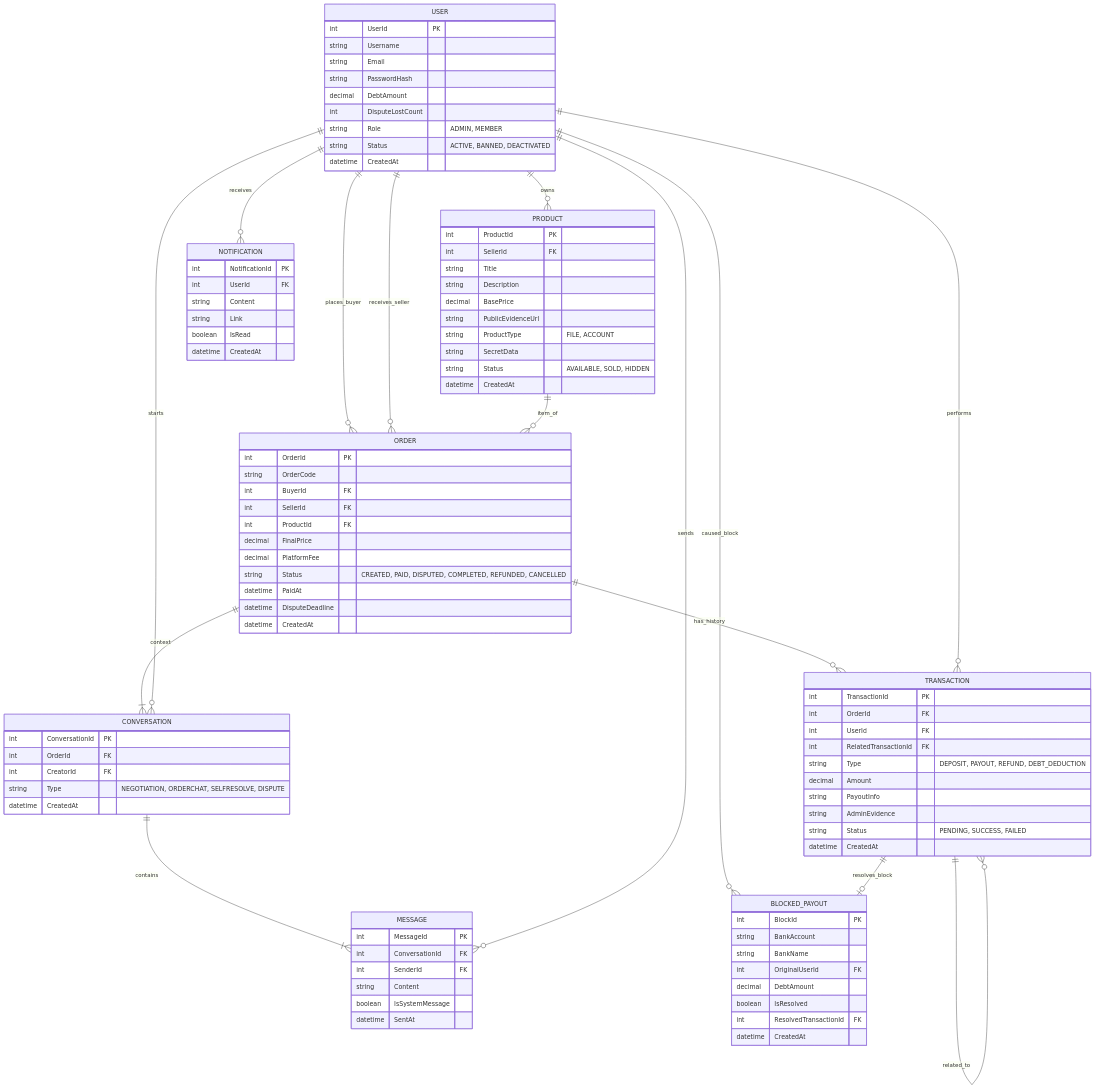
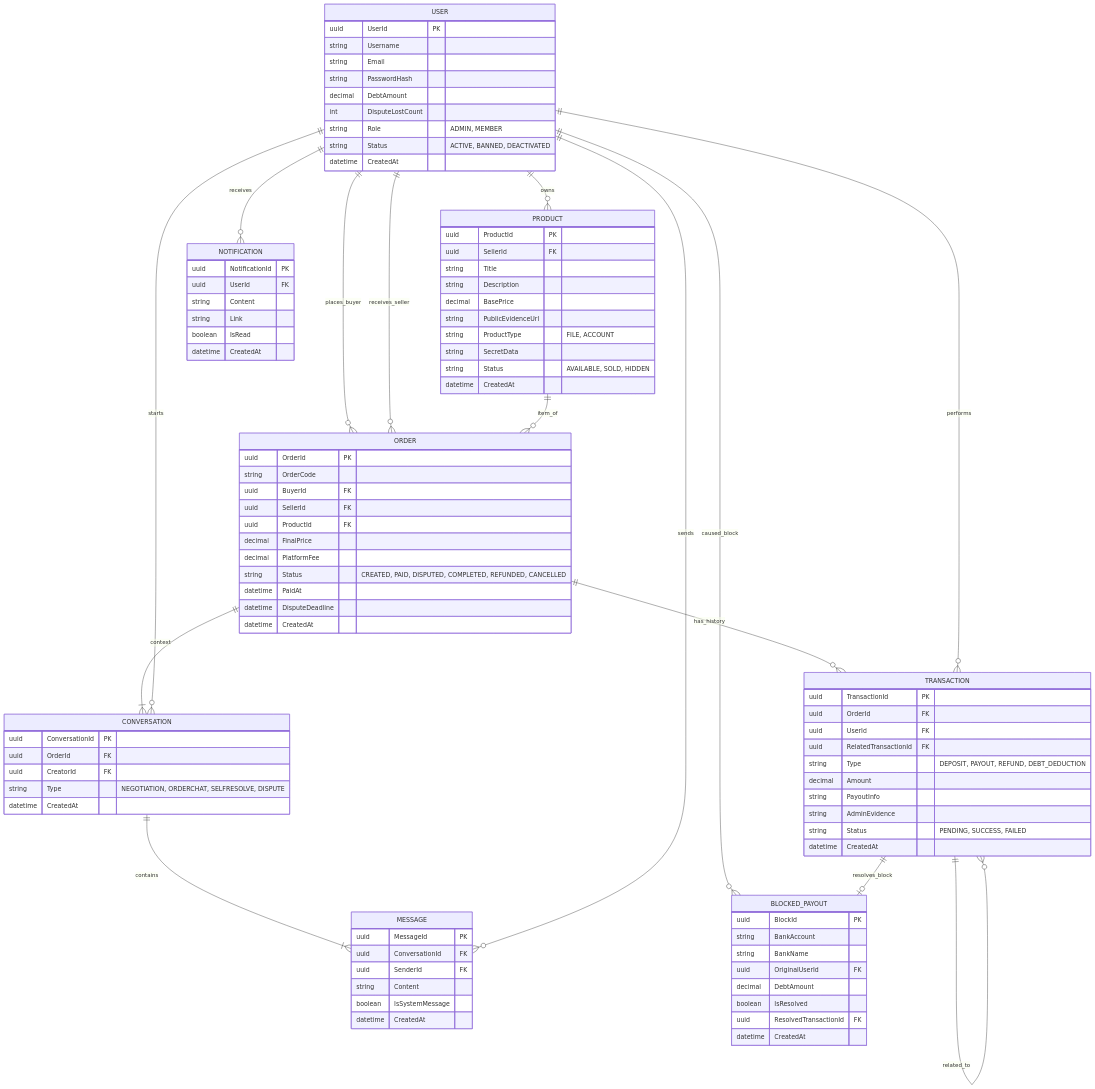
One commit to dominic2-2/Swaptem changed the diagram in docs/diagrams/ERD_Logical.md. Above: the diagram before and after it, drawn with Mermaid. The commit also changed 33 other files, not shown here.

````diff
--- a/docs/diagrams/ERD_Logical.md
+++ b/docs/diagrams/ERD_Logical.md
@@ -1,7 +1,7 @@
 ```mermaid
 erDiagram
     USER {
-        int UserId PK
+        uuid UserId PK
         string Username
         string Email
         string PasswordHash
@@ -13,8 +13,8 @@
     }
 
     PRODUCT {
-        int ProductId PK
-        int SellerId FK
+        uuid ProductId PK
+        uuid SellerId FK
         string Title
         string Description
         decimal BasePrice
@@ -26,11 +26,11 @@
     }
 
     ORDER {
-        int OrderId PK
+        uuid OrderId PK
         string OrderCode
-        int BuyerId FK
-        int SellerId FK
-        int ProductId FK
+        uuid BuyerId FK
+        uuid SellerId FK
+        uuid ProductId FK
         decimal FinalPrice
         decimal PlatformFee
         string Status "CREATED, PAID, DISPUTED, COMPLETED, REFUNDED, CANCELLED"
@@ -40,10 +40,10 @@
     }
 
     TRANSACTION {
-        int TransactionId PK
-        int OrderId FK
-        int UserId FK
-        int RelatedTransactionId FK 
+        uuid TransactionId PK
+        uuid OrderId FK
+        uuid UserId FK
+        uuid RelatedTransactionId FK 
         string Type "DEPOSIT, PAYOUT, REFUND, DEBT_DEDUCTION"
         decimal Amount
         string PayoutInfo
@@ -53,25 +53,25 @@
     }
 
     CONVERSATION {
-        int ConversationId PK
-        int OrderId FK
-        int CreatorId FK
+        uuid ConversationId PK
+        uuid OrderId FK
+        uuid CreatorId FK
         string Type "NEGOTIATION, ORDERCHAT, SELFRESOLVE, DISPUTE"
         datetime CreatedAt
     }
 
     MESSAGE {
-        int MessageId PK
-        int ConversationId FK
-        int SenderId FK
+        uuid MessageId PK
+        uuid ConversationId FK
+        uuid SenderId FK
         string Content
         boolean IsSystemMessage
-        datetime SentAt
+        datetime CreatedAt
     }
 
     NOTIFICATION {
-        int NotificationId PK
-        int UserId FK
+        uuid NotificationId PK
+        uuid UserId FK
         string Content
         string Link
         boolean IsRead
@@ -79,13 +79,13 @@
     }
 
     BLOCKED_PAYOUT {
-        int BlockId PK
+        uuid BlockId PK
         string BankAccount
         string BankName
-        int OriginalUserId FK
+        uuid OriginalUserId FK
         decimal DebtAmount
         boolean IsResolved
-        int ResolvedTransactionId FK
+        uuid ResolvedTransactionId FK
         datetime CreatedAt
     }
 
````
